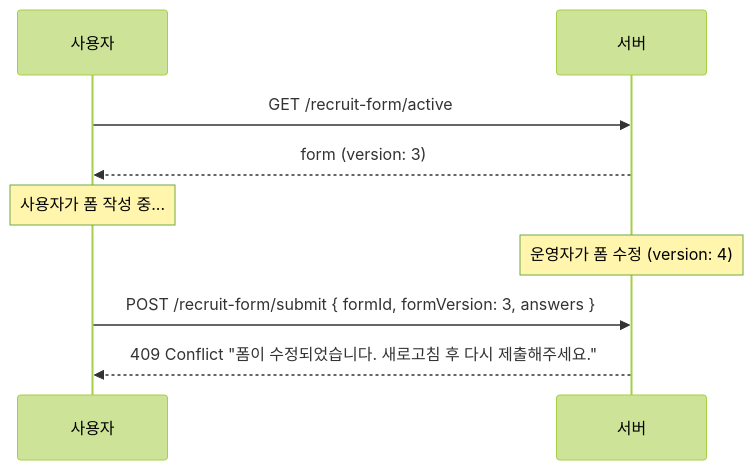
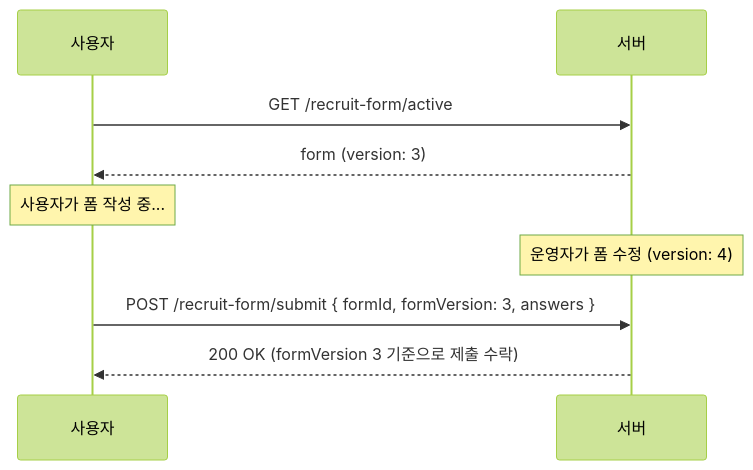
The fourth of 11 diagrams in 2026-renewal/feature/04-recruit-form-cms.md (quipu-uos/blueprint), drawn with Mermaid (forest theme) before and after one commit. The commit also changed other lines of this file and 1 other file, not shown here.

First line of the commit message:
docs(recruit): address i2na review — version policy, response CRUD, upload, mail

````diff
--- a/2026-renewal/feature/04-recruit-form-cms.md
+++ b/2026-renewal/feature/04-recruit-form-cms.md
@@ -478,11 +478,11 @@
 ```mermaid
 sequenceDiagram
     participant User as 사용자
     participant Server as 서버
     User->>Server: GET /recruit-form/active
     Server-->>User: form (version: 3)
     Note over User: 사용자가 폼 작성 중...
     Note over Server: 운영자가 폼 수정 (version: 4)
     User->>Server: POST /recruit-form/submit { formId, formVersion: 3, answers }
-    Server-->>User: 409 Conflict "폼이 수정되었습니다. 새로고침 후 다시 제출해주세요."
+    Server-->>User: 200 OK (formVersion 3 기준으로 제출 수락)
 ```
````
